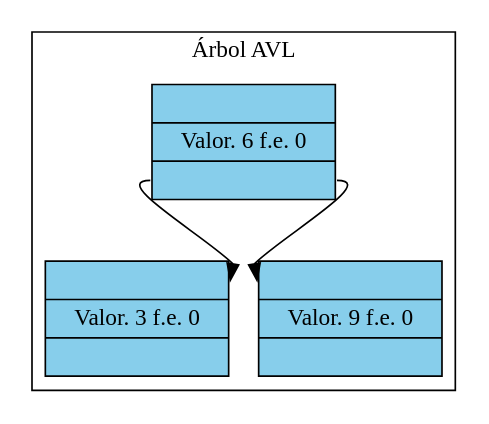
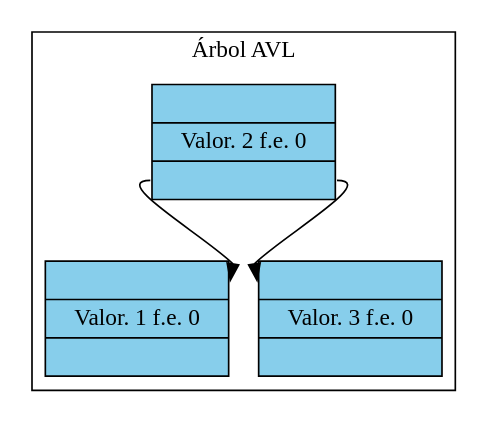
One commit to henrylopezkre/Proyecto1s22015_201314886 changed the diagram in Proyecto_1/Reportes/avl.dot. Above: the diagram before and after it, drawn with Graphviz. The commit also changed 4 other files, not shown here.

```diff
--- a/Proyecto_1/Reportes/avl.dot
+++ b/Proyecto_1/Reportes/avl.dot
@@ -1,19 +1,19 @@
 digraph G {
 	 rankdir = TB; 
 
 	 node[shape=record]; 
 
 	 subgraph clusterAVL { 
 
 	 label = "Árbol AVL"; 
 
+	 tn_avlt1[label = "{ <e> | Valor. 1 
+ f.e. 0| <p> }", style="filled", color="black", fillcolor="skyblue"]; 
+	 tn_avlt2:p -> tn_avlt1:e; 
+	 tn_avlt2[label = "{ <e> | Valor. 2 
+ f.e. 0| <p> }", style="filled", color="black", fillcolor="skyblue"]; 
 	 tn_avlt3[label = "{ <e> | Valor. 3 
  f.e. 0| <p> }", style="filled", color="black", fillcolor="skyblue"]; 
-	 tn_avlt6:p -> tn_avlt3:e; 
-	 tn_avlt6[label = "{ <e> | Valor. 6 
- f.e. 0| <p> }", style="filled", color="black", fillcolor="skyblue"]; 
-	 tn_avlt9[label = "{ <e> | Valor. 9 
- f.e. 0| <p> }", style="filled", color="black", fillcolor="skyblue"]; 
-	 tn_avlt6:p -> tn_avlt9:e; 
+	 tn_avlt2:p -> tn_avlt3:e; 
 	 } 
 	 } 
```
